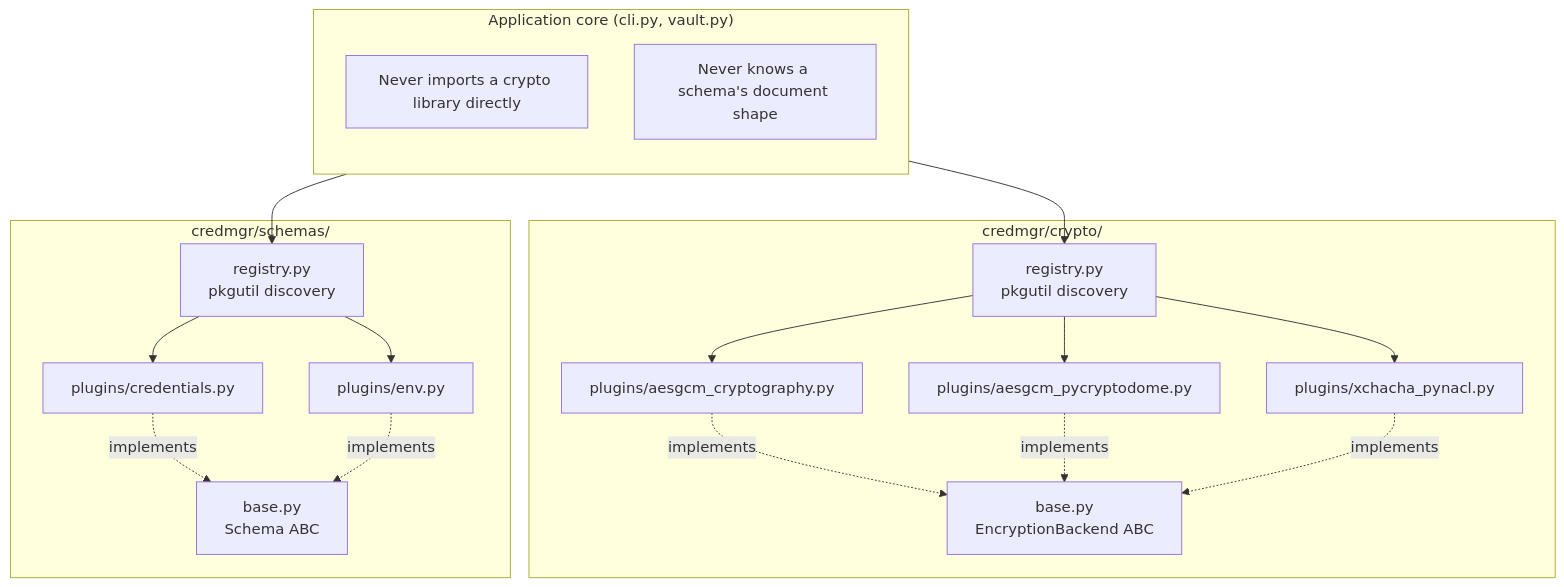
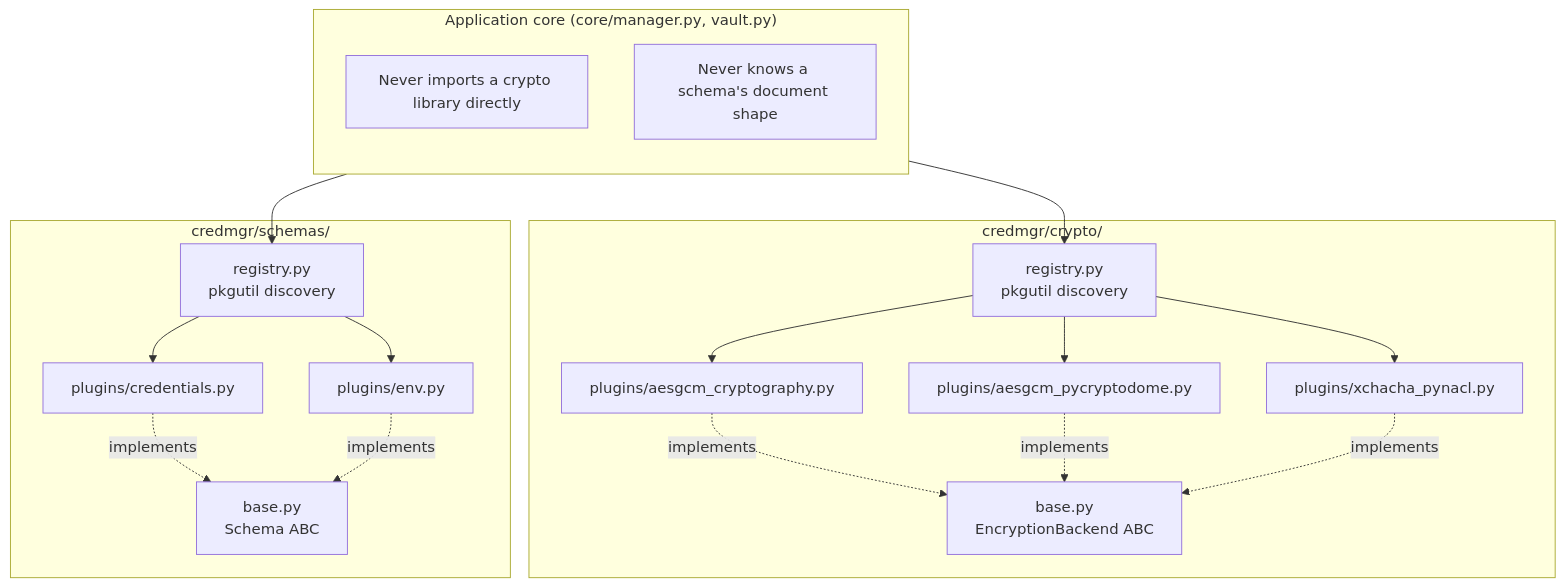
The diagram in docs/plugin-system.md (Veerabadran-M/credential-manager), drawn with Mermaid before and after one commit. The commit also changed other lines of this file and 35 other files, not shown here.

Commit message:
refactor: clean up project architecture and documentation

````diff
--- a/docs/plugin-system.md
+++ b/docs/plugin-system.md
@@ -18,36 +19,36 @@
 ```mermaid
 flowchart TB
-    subgraph Core["Application core (cli.py, vault.py)"]
+    subgraph Core["Application core (core/manager.py, vault.py)"]
         direction TB
         C1[Never imports a crypto library directly]
         C2["Never knows a schema's document shape"]
     end
 
     subgraph CryptoSystem["credmgr/crypto/"]
         CB[base.py<br/>EncryptionBackend ABC]
         CR[registry.py<br/>pkgutil discovery]
         CP1[plugins/aesgcm_cryptography.py]
         CP2[plugins/aesgcm_pycryptodome.py]
         CP3[plugins/xchacha_pynacl.py]
         CR --> CP1
         CR --> CP2
         CR --> CP3
         CP1 -. implements .-> CB
         CP2 -. implements .-> CB
         CP3 -. implements .-> CB
     end
 
     subgraph SchemaSystem["credmgr/schemas/"]
         SB[base.py<br/>Schema ABC]
         SR[registry.py<br/>pkgutil discovery]
         SP1[plugins/credentials.py]
         SP2[plugins/env.py]
         SR --> SP1
         SR --> SP2
         SP1 -. implements .-> SB
         SP2 -. implements .-> SB
     end
 
     Core --> CR
     Core --> SR
 ```
````
